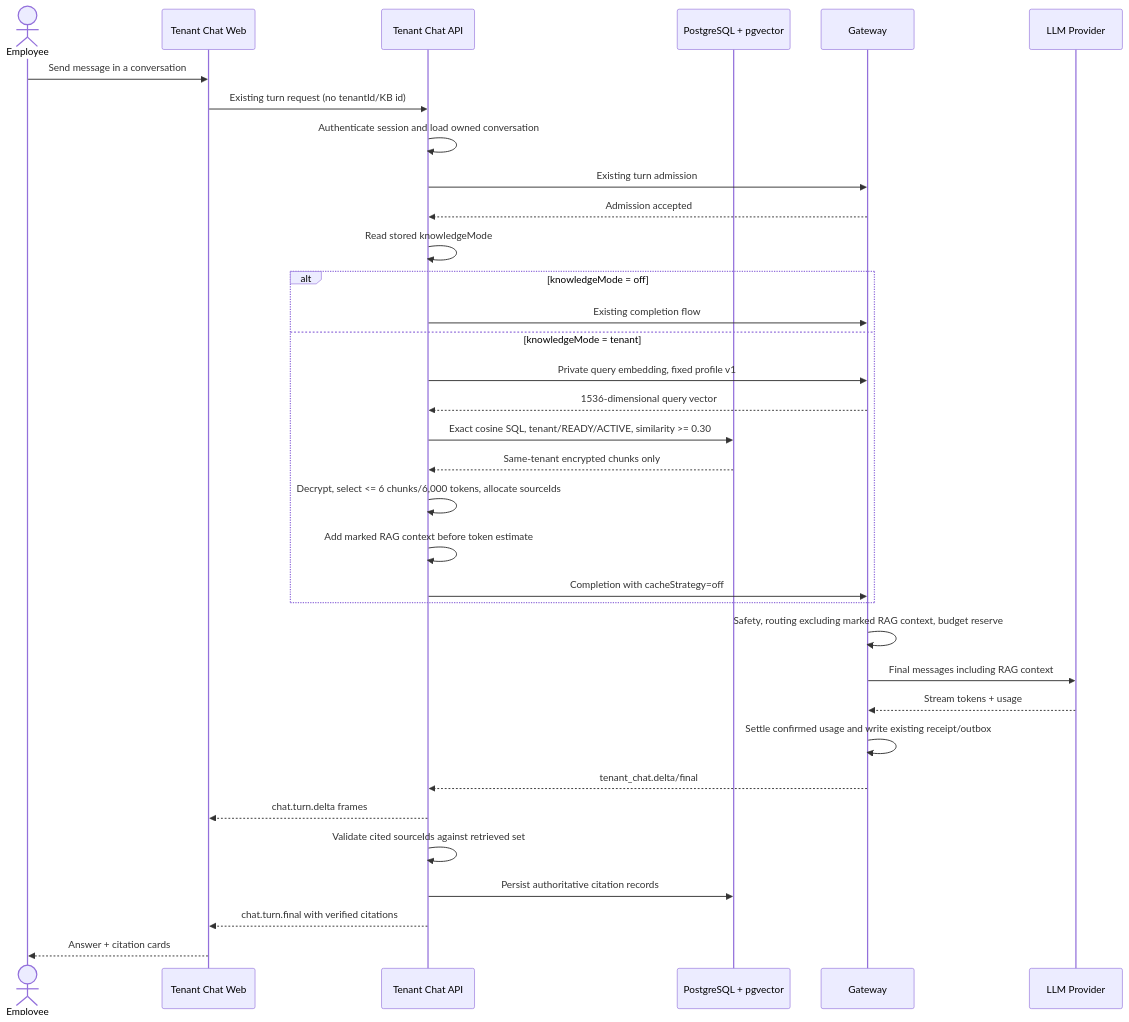
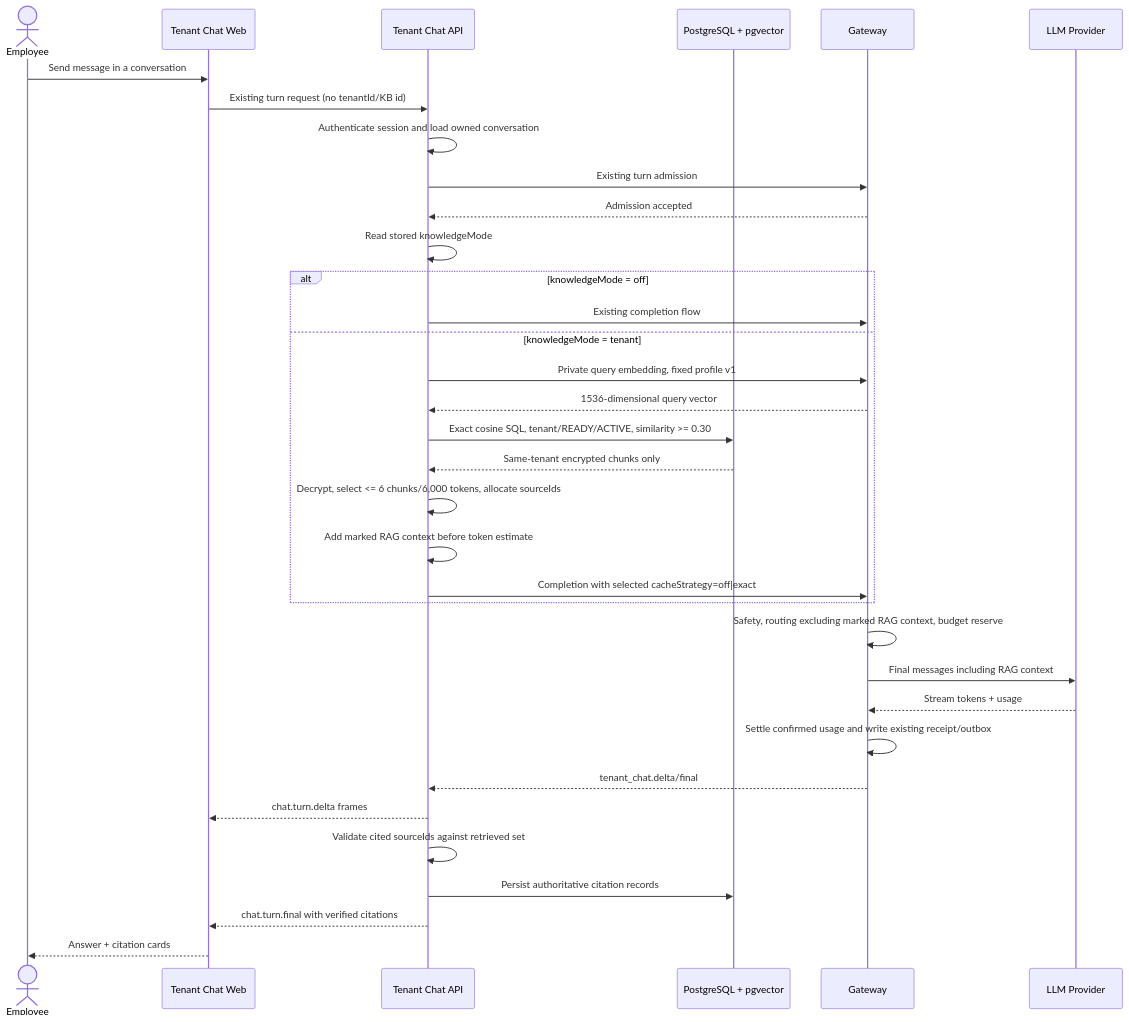
The third of 3 diagrams in docs/rag/implementation-plan.md (KYUJEONGLEE/GateLM), drawn with Mermaid before and after one commit. The commit also changed other lines of this file and 9 other files, not shown here.

````diff
--- a/docs/rag/implementation-plan.md
+++ b/docs/rag/implementation-plan.md
@@ -276,37 +276,37 @@
 ```mermaid
 sequenceDiagram
     actor Employee
     participant ChatWeb as Tenant Chat Web
     participant ChatAPI as Tenant Chat API
     participant DB as PostgreSQL + pgvector
     participant GW as Gateway
     participant Provider as LLM Provider
 
     Employee->>ChatWeb: Send message in a conversation
     ChatWeb->>ChatAPI: Existing turn request (no tenantId/KB id)
     ChatAPI->>ChatAPI: Authenticate session and load owned conversation
     ChatAPI->>GW: Existing turn admission
     GW-->>ChatAPI: Admission accepted
     ChatAPI->>ChatAPI: Read stored knowledgeMode
     alt knowledgeMode = off
         ChatAPI->>GW: Existing completion flow
     else knowledgeMode = tenant
         ChatAPI->>GW: Private query embedding, fixed profile v1
         GW-->>ChatAPI: 1536-dimensional query vector
         ChatAPI->>DB: Exact cosine SQL, tenant/READY/ACTIVE, similarity >= 0.30
         DB-->>ChatAPI: Same-tenant encrypted chunks only
         ChatAPI->>ChatAPI: Decrypt, select <= 6 chunks/6,000 tokens, allocate sourceIds
         ChatAPI->>ChatAPI: Add marked RAG context before token estimate
-        ChatAPI->>GW: Completion with cacheStrategy=off
+        ChatAPI->>GW: Completion with selected cacheStrategy=off|exact
     end
     GW->>GW: Safety, routing excluding marked RAG context, budget reserve
     GW->>Provider: Final messages including RAG context
     Provider-->>GW: Stream tokens + usage
     GW->>GW: Settle confirmed usage and write existing receipt/outbox
     GW-->>ChatAPI: tenant_chat.delta/final
     ChatAPI-->>ChatWeb: chat.turn.delta frames
     ChatAPI->>ChatAPI: Validate cited sourceIds against retrieved set
     ChatAPI->>DB: Persist authoritative citation records
     ChatAPI-->>ChatWeb: chat.turn.final with verified citations
     ChatWeb-->>Employee: Answer + citation cards
 ```
````
